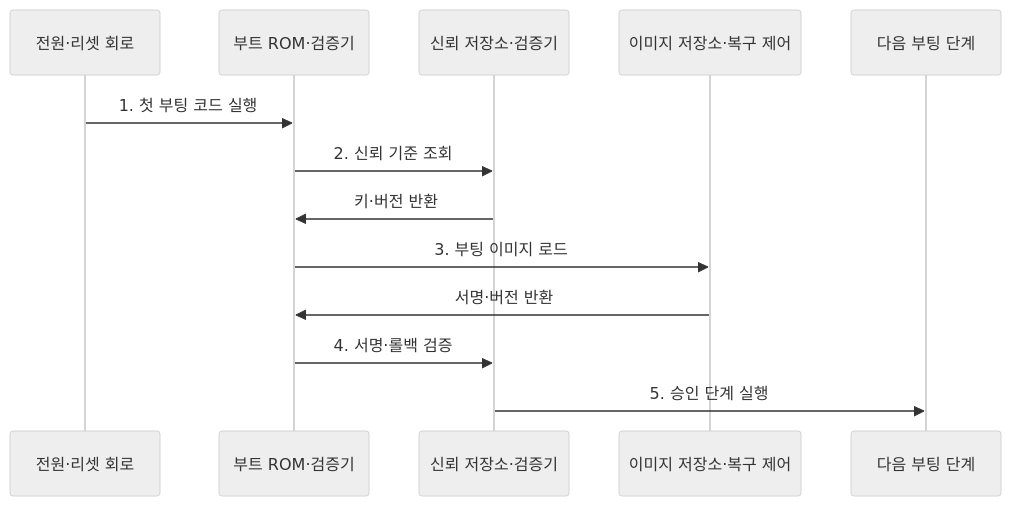
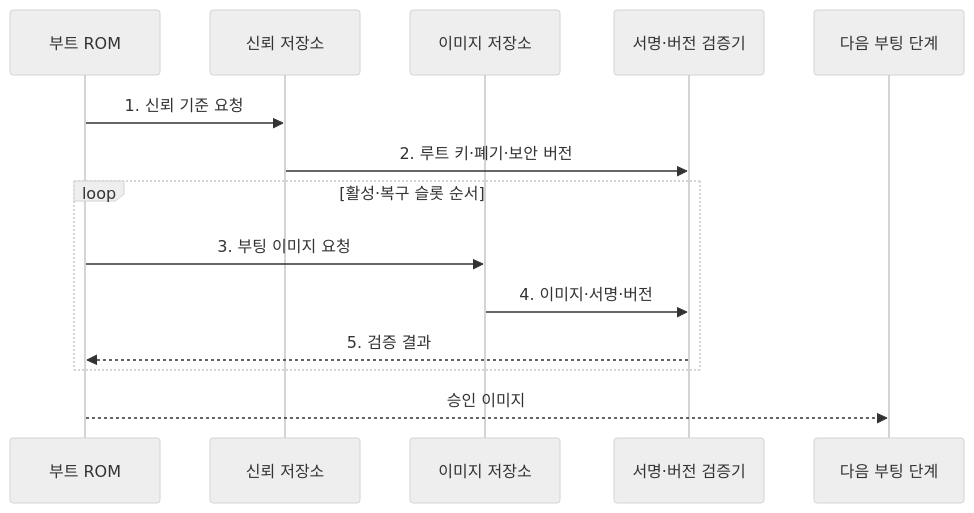
Before and after one commit to agnusdei1207/knowledge-base: the second of 2 diagrams in src/content/docs/notes/02-hardware/068_secure_boot.md, drawn with Mermaid (neutral theme). The commit also changed other lines of this file and 20 other files, not shown here.

````diff
--- a/src/content/docs/notes/02-hardware/068_secure_boot.md
+++ b/src/content/docs/notes/02-hardware/068_secure_boot.md
@@ -83,16 +87,17 @@
 ```mermaid
 sequenceDiagram
-    participant P as 전원·리셋 회로
-    participant B as 부트 ROM·검증기
-    participant T as 신뢰 저장소·검증기
-    participant S as 이미지 저장소·복구 제어
+    participant B as 부트 ROM
+    participant T as 신뢰 저장소
+    participant S as 이미지 저장소
+    participant V as 서명·버전 검증기
     participant N as 다음 부팅 단계
 
-    P->>B: 1. 첫 부팅 코드 실행
-    B->>T: 2. 신뢰 기준 조회
-    T->>B: 키·버전 반환
-    B->>S: 3. 부팅 이미지 로드
-    S->>B: 서명·버전 반환
-    B->>T: 4. 서명·롤백 검증
-    T->>N: 5. 승인 단계 실행
+    B->>T: 1. 신뢰 기준 요청
+    T->>V: 2. 루트 키·폐기·보안 버전
+    loop 활성·복구 슬롯 순서
+        B->>S: 3. 부팅 이미지 요청
+        S->>V: 4. 이미지·서명·버전
+        V-->>B: 5. 검증 결과
+    end
+    B-->>N: 승인 이미지
 ```
````
